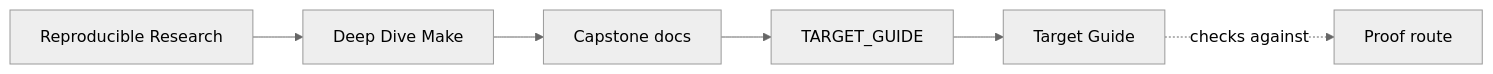
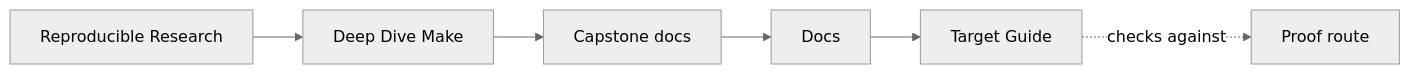
The first of 2 diagrams in programs/reproducible-research/deep-dive-make/capstone/docs/target-guide.md (bijux/bijux-masterclass), drawn with Mermaid (neutral theme) before and after one commit. The commit also changed other lines of this file and 146 other files, not shown here.

````diff
--- a/programs/reproducible-research/deep-dive-make/capstone/docs/target-guide.md
+++ b/programs/reproducible-research/deep-dive-make/capstone/docs/target-guide.md
@@ -6,12 +6,12 @@
 ```mermaid
 graph LR
   family["Reproducible Research"]
   program["Deep Dive Make"]
   guide["Capstone docs"]
-  section["TARGET_GUIDE"]
+  section["Docs"]
   page["Target Guide"]
   proof["Proof route"]
 
   family --> program --> guide --> section --> page
   page -.checks against.-> proof
 ```
````
